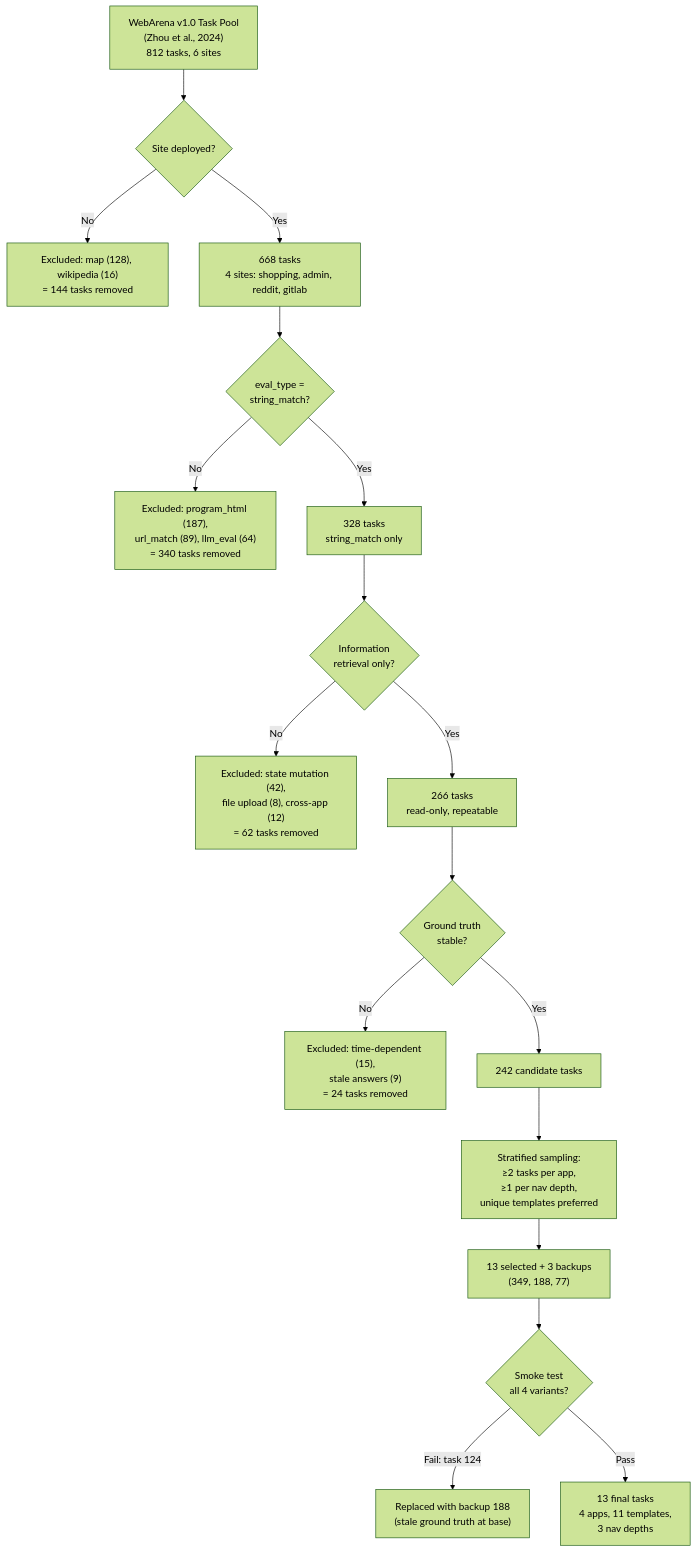
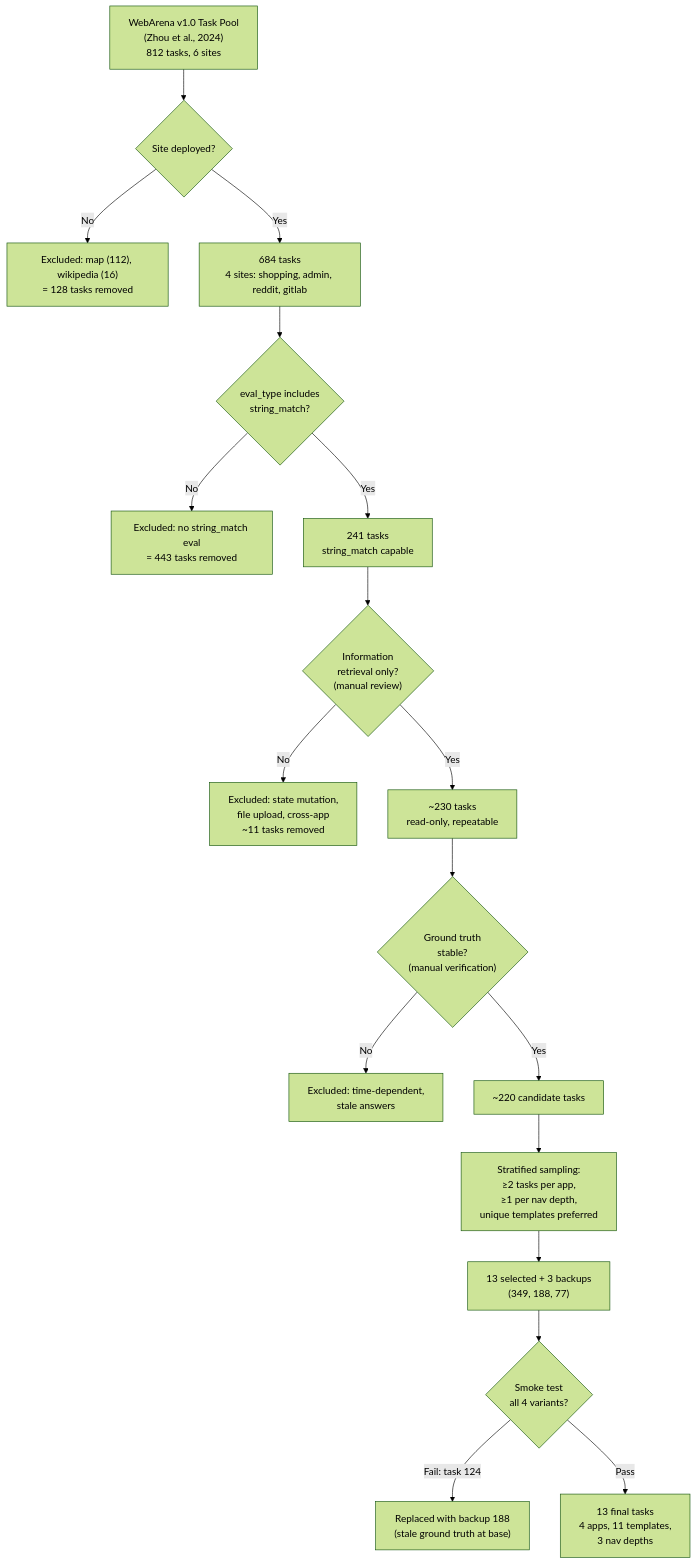
One commit to Alex-jjh/ai-agent-accessibility changed the diagram in paper/sections/task-selection-protocol.md. Above: the diagram before and after it, drawn with Mermaid (forest theme). The commit also changed other lines of this file and 2 other files, not shown here.

First line of the commit message:
fix: Correct all data points from verification audit

````diff
--- a/paper/sections/task-selection-protocol.md
+++ b/paper/sections/task-selection-protocol.md
@@ -5,20 +5,20 @@
 ```mermaid
 graph TD
     A["WebArena v1.0 Task Pool<br/>(Zhou et al., 2024)<br/>812 tasks, 6 sites"] --> B{"Site deployed?"}
-    B -->|No| X1["Excluded: map (128), wikipedia (16)<br/>= 144 tasks removed"]
-    B -->|Yes| C["668 tasks<br/>4 sites: shopping, admin, reddit, gitlab"]
-    C --> D{"eval_type =<br/>string_match?"}
-    D -->|No| X2["Excluded: program_html (187),<br/>url_match (89), llm_eval (64)<br/>= 340 tasks removed"]
-    D -->|Yes| E["328 tasks<br/>string_match only"]
-    E --> F{"Information<br/>retrieval only?"}
-    F -->|No| X3["Excluded: state mutation (42),<br/>file upload (8), cross-app (12)<br/>= 62 tasks removed"]
-    F -->|Yes| G["266 tasks<br/>read-only, repeatable"]
-    G --> H{"Ground truth<br/>stable?"}
-    H -->|No| X4["Excluded: time-dependent (15),<br/>stale answers (9)<br/>= 24 tasks removed"]
-    H -->|Yes| I["242 candidate tasks"]
+    B -->|No| X1["Excluded: map (112), wikipedia (16)<br/>= 128 tasks removed"]
+    B -->|Yes| C["684 tasks<br/>4 sites: shopping, admin, reddit, gitlab"]
+    C --> D{"eval_type includes<br/>string_match?"}
+    D -->|No| X2["Excluded: no string_match eval<br/>= 443 tasks removed"]
+    D -->|Yes| E["241 tasks<br/>string_match capable"]
+    E --> F{"Information<br/>retrieval only?<br/>(manual review)"}
+    F -->|No| X3["Excluded: state mutation,<br/>file upload, cross-app<br/>~11 tasks removed"]
+    F -->|Yes| G["~230 tasks<br/>read-only, repeatable"]
+    G --> H{"Ground truth<br/>stable?<br/>(manual verification)"}
+    H -->|No| X4["Excluded: time-dependent,<br/>stale answers"]
+    H -->|Yes| I["~220 candidate tasks"]
     I --> J["Stratified sampling:<br/>≥2 tasks per app,<br/>≥1 per nav depth,<br/>unique templates preferred"]
     J --> K["13 selected + 3 backups<br/>(349, 188, 77)"]
     K --> L{"Smoke test<br/>all 4 variants?"}
     L -->|Fail: task 124| X5["Replaced with backup 188<br/>(stale ground truth at base)"]
     L -->|Pass| M["13 final tasks<br/>4 apps, 11 templates,<br/>3 nav depths"]
 ```
````
